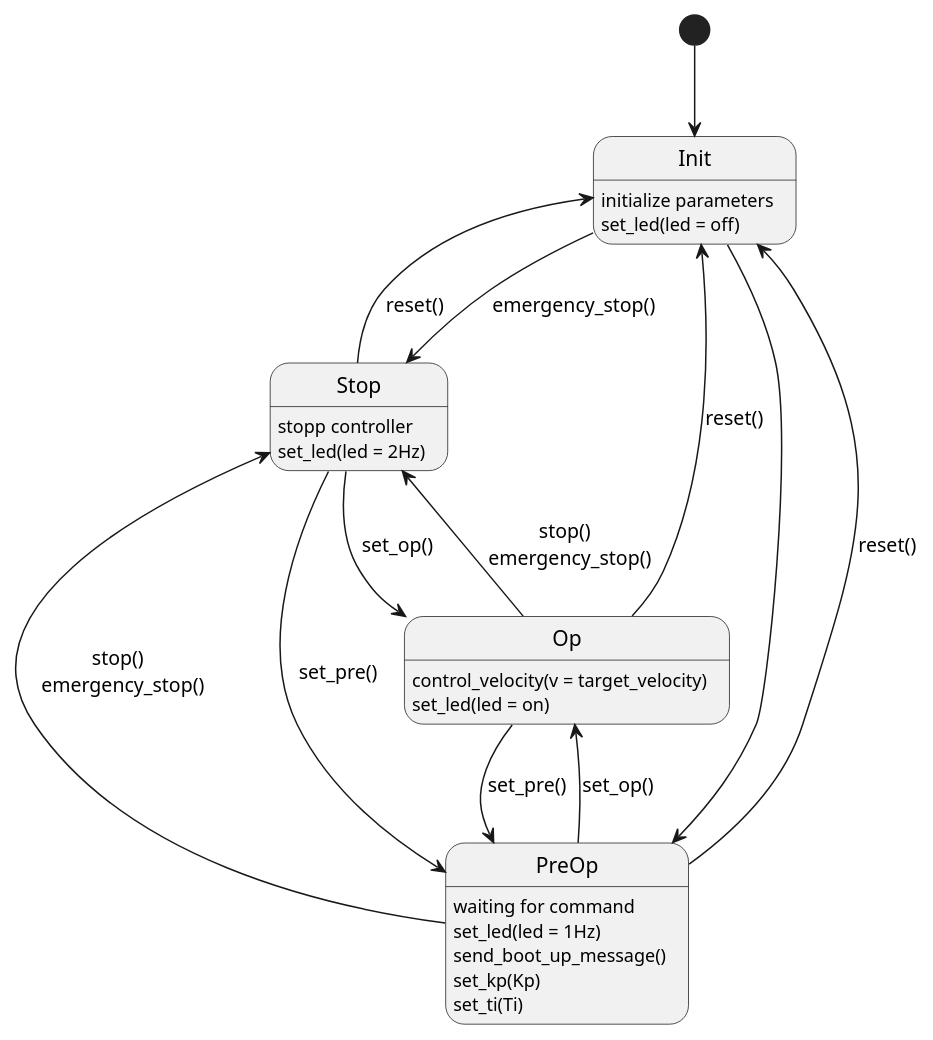
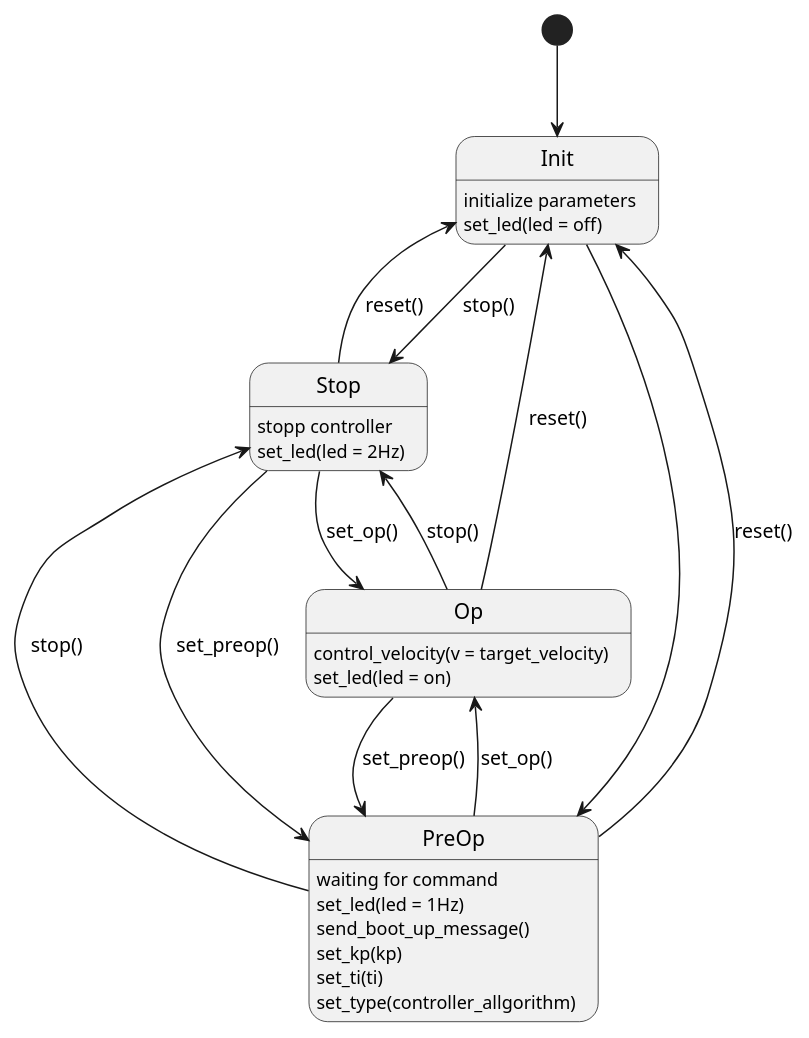
Before and after one commit to UniRoi/Speed_controller_P2: the diagram in docs/diagrams/speed_controller_4.puml, drawn with PlantUML. The commit also changed 2 other files, not shown here.

```diff
--- a/docs/diagrams/speed_controller_4.puml
+++ b/docs/diagrams/speed_controller_4.puml
@@ -1,33 +1,34 @@
 @startuml
 
 [*] --> Init
 Init : initialize parameters
 Stop: stopp controller
 PreOp : waiting for command
 Op : control_velocity(v = target_velocity)
 
 Init : set_led(led = off)
 Stop: set_led(led = 2Hz) 
 PreOp : set_led(led = 1Hz) 
 Op : set_led(led = on)
 
 PreOp : send_boot_up_message()
 
-PreOp : set_kp(Kp)
-PreOp : set_ti(Ti)
+PreOp : set_kp(kp)
+PreOp : set_ti(ti)
+PreOp : set_type(controller_allgorithm)
 
 Init --> PreOp
-Init --> Stop : emergency_stop()
+Init --> Stop : stop()
 PreOp --> Op : set_op()
-PreOp --> Stop : stop() \n emergency_stop()
+PreOp --> Stop : stop()
 PreOp --> Init : reset()
 
 Op --> Init : reset()
-Op --> Stop : stop() \n emergency_stop()
-Op --> PreOp : set_pre()
+Op --> Stop : stop()
+Op --> PreOp : set_preop()
 
 Stop --> Op : set_op()
-Stop --> PreOp : set_pre()
+Stop --> PreOp : set_preop()
 Stop --> Init : reset()
 
 @enduml
```
